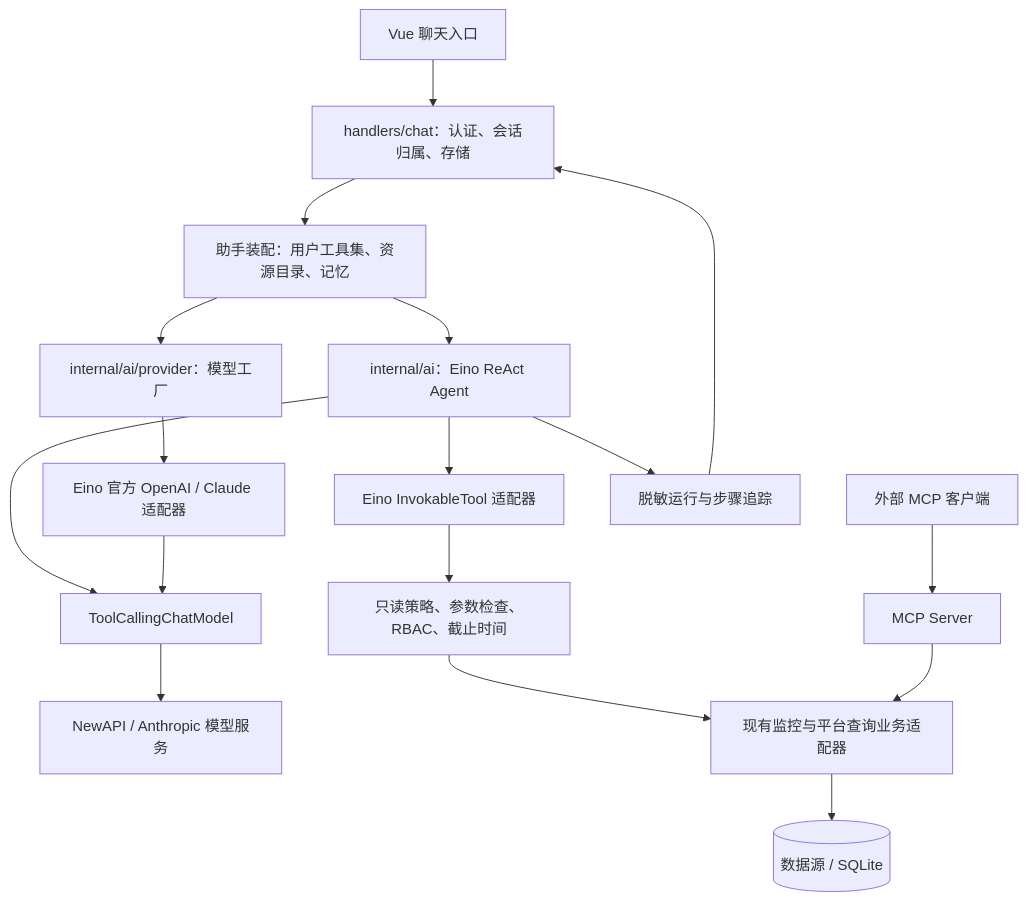
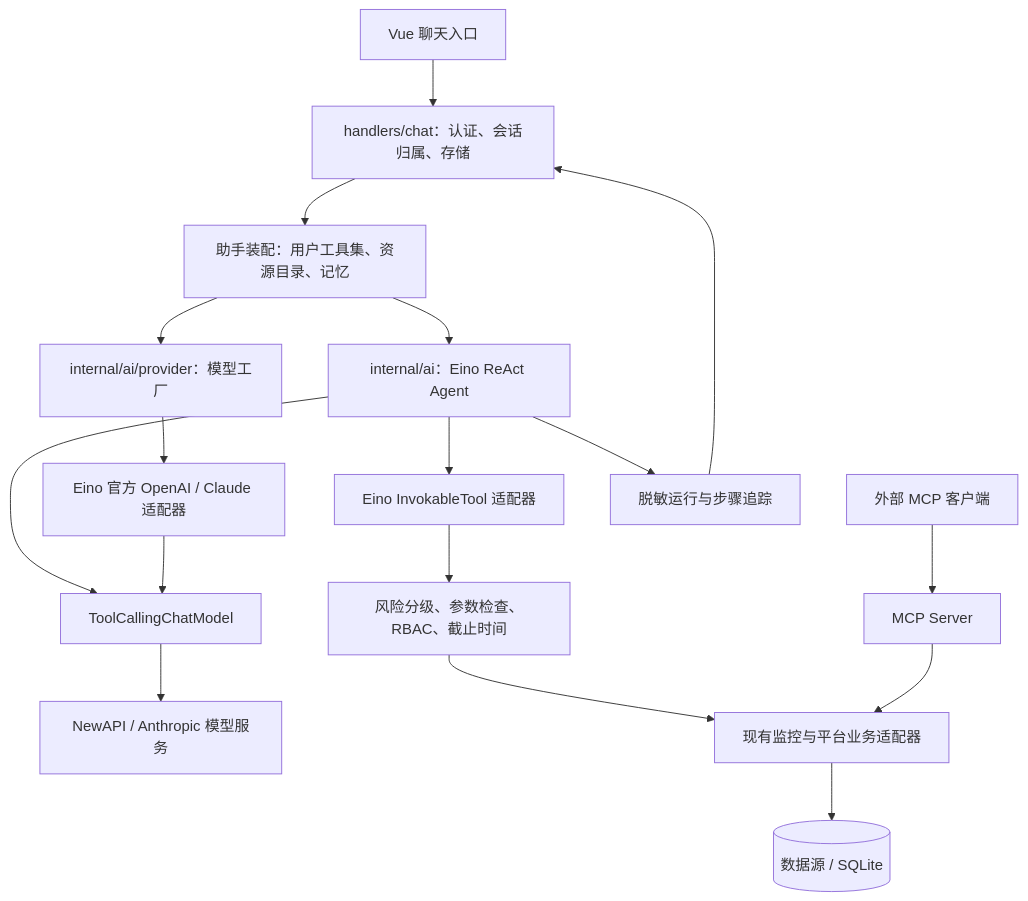
Before and after one commit to darianJmy/awesome-alert: the diagram in docs/architecture/ai-assistant-integration.md, drawn with Mermaid. The commit also changed other lines of this file and 81 other files, not shown here.

````diff
--- a/docs/architecture/ai-assistant-integration.md
+++ b/docs/architecture/ai-assistant-integration.md
@@ -7,19 +7,19 @@
 ```mermaid
 flowchart TD
     UI[Vue 聊天入口] --> HTTP[handlers/chat：认证、会话归属、存储]
     HTTP --> ASSEMBLY[助手装配：用户工具集、资源目录、记忆]
     ASSEMBLY --> CORE[internal/ai：Eino ReAct Agent]
     ASSEMBLY --> FACTORY[internal/ai/provider：模型工厂]
     FACTORY --> SDK[Eino 官方 OpenAI / Claude 适配器]
     CORE --> MODEL[ToolCallingChatModel]
     SDK --> MODEL
     MODEL --> GATEWAY[NewAPI / Anthropic 模型服务]
     CORE --> TOOLS[Eino InvokableTool 适配器]
-    TOOLS --> POLICY[只读策略、参数检查、RBAC、截止时间]
-    POLICY --> BIZ[现有监控与平台查询业务适配器]
+    TOOLS --> POLICY[风险分级、参数检查、RBAC、截止时间]
+    POLICY --> BIZ[现有监控与平台业务适配器]
     BIZ --> DATA[(数据源 / SQLite)]
     MCP[外部 MCP 客户端] --> MCPSERVER[MCP Server]
     MCPSERVER --> BIZ
     CORE --> TRACE[脱敏运行与步骤追踪]
     TRACE --> HTTP
 ```
````
